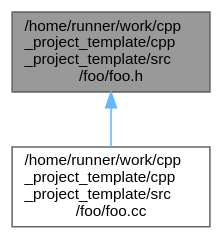
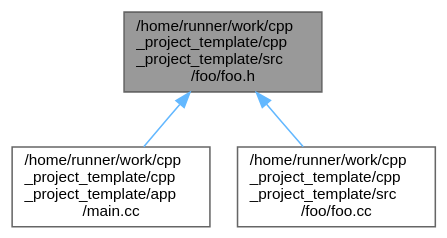
Before and after one commit to abelbarreira/cpp_project_template: the diagram in foo_8h__dep__incl.dot, drawn with Graphviz. The commit also changed 23 other files, not shown here.

```diff
--- a/foo_8h__dep__incl.dot
+++ b/foo_8h__dep__incl.dot
@@ -1,10 +1,12 @@
 digraph "/home/runner/work/cpp_project_template/cpp_project_template/src/foo/foo.h"
 {
  // LATEX_PDF_SIZE
   bgcolor="transparent";
   edge [fontname=Helvetica,fontsize=10,labelfontname=Helvetica,labelfontsize=10];
   node [fontname=Helvetica,fontsize=10,shape=box,height=0.2,width=0.4];
   Node1 [id="Node000001",label="/home/runner/work/cpp\l_project_template/cpp\l_project_template/src\l/foo/foo.h",height=0.2,width=0.4,color="gray40", fillcolor="grey60", style="filled", fontcolor="black",tooltip=" "];
   Node1 -> Node2 [id="edge1_Node000001_Node000002",dir="back",color="steelblue1",style="solid",tooltip=" "];
-  Node2 [id="Node000002",label="/home/runner/work/cpp\l_project_template/cpp\l_project_template/src\l/foo/foo.cc",height=0.2,width=0.4,color="grey40", fillcolor="white", style="filled",URL="$foo_8cc.html",tooltip=" "];
+  Node2 [id="Node000002",label="/home/runner/work/cpp\l_project_template/cpp\l_project_template/app\l/main.cc",height=0.2,width=0.4,color="grey40", fillcolor="white", style="filled",URL="$main_8cc.html",tooltip=" "];
+  Node1 -> Node3 [id="edge2_Node000001_Node000003",dir="back",color="steelblue1",style="solid",tooltip=" "];
+  Node3 [id="Node000003",label="/home/runner/work/cpp\l_project_template/cpp\l_project_template/src\l/foo/foo.cc",height=0.2,width=0.4,color="grey40", fillcolor="white", style="filled",URL="$foo_8cc.html",tooltip=" "];
 }
```
